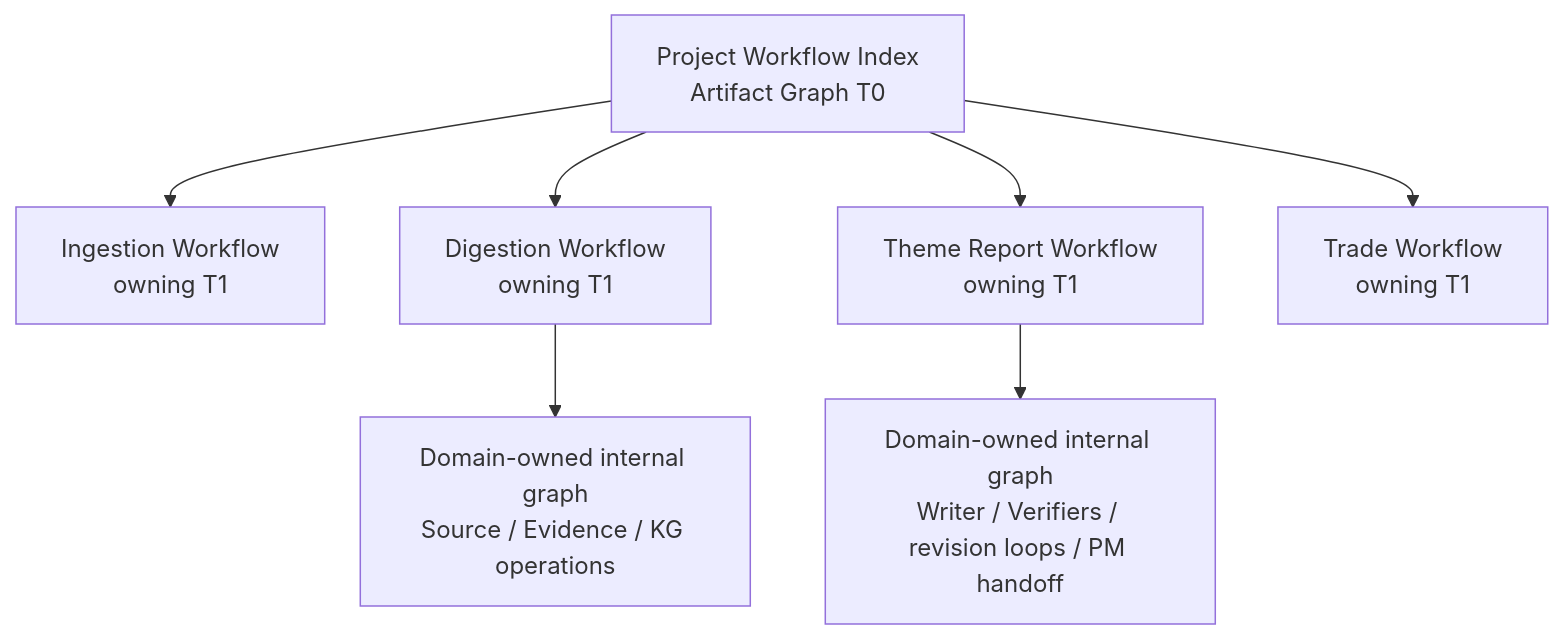
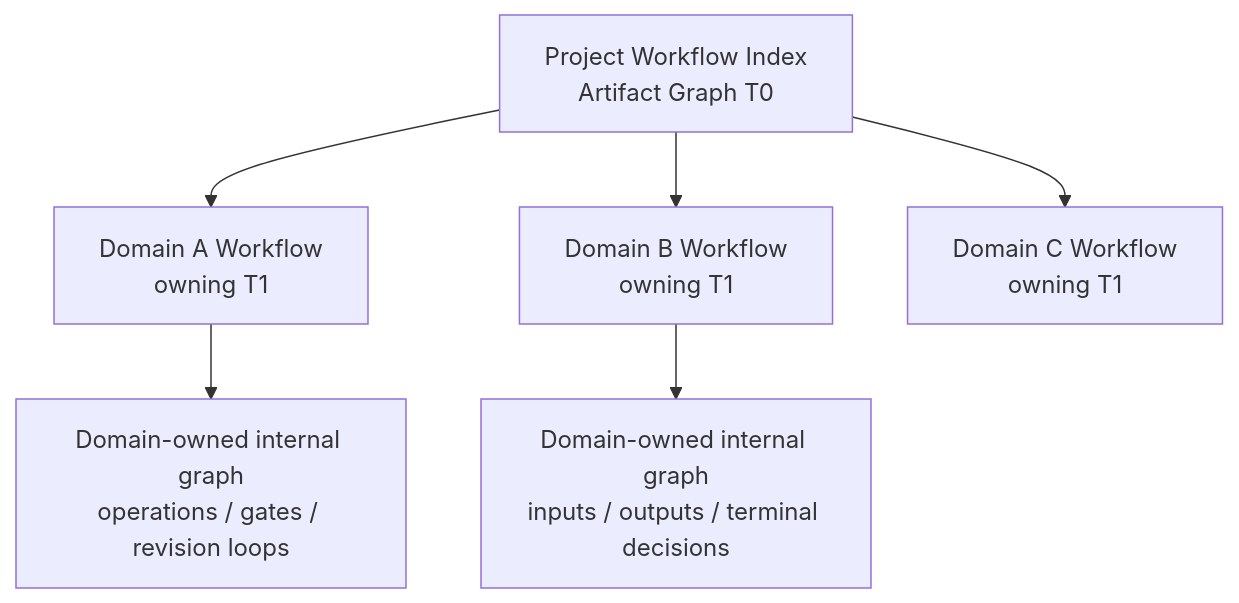
The second of 2 diagrams in designDoc/the_artifact_graph.md (bobaoai/agent_runtime), drawn with Mermaid before and after one commit. The commit also changed other lines of this file and 120 other files, not shown here.

````diff
--- a/designDoc/the_artifact_graph.md
+++ b/designDoc/the_artifact_graph.md
@@ -177,12 +180,11 @@
 ```mermaid
 flowchart TB
     PROJECT["Project Workflow Index<br/>Artifact Graph T0"]
 
-    PROJECT --> INGEST["Ingestion Workflow<br/>owning T1"]
-    PROJECT --> DIGEST["Digestion Workflow<br/>owning T1"]
-    PROJECT --> THEME["Theme Report Workflow<br/>owning T1"]
-    PROJECT --> TRADE["Trade Workflow<br/>owning T1"]
+    PROJECT --> A["Domain A Workflow<br/>owning T1"]
+    PROJECT --> B["Domain B Workflow<br/>owning T1"]
+    PROJECT --> C["Domain C Workflow<br/>owning T1"]
 
-    THEME --> OPS["Domain-owned internal graph<br/>Writer / Verifiers / revision loops / PM handoff"]
-    DIGEST --> DOPS["Domain-owned internal graph<br/>Source / Evidence / KG operations"]
+    A --> AOPS["Domain-owned internal graph<br/>operations / gates / revision loops"]
+    B --> BOPS["Domain-owned internal graph<br/>inputs / outputs / terminal decisions"]
 ```
````
